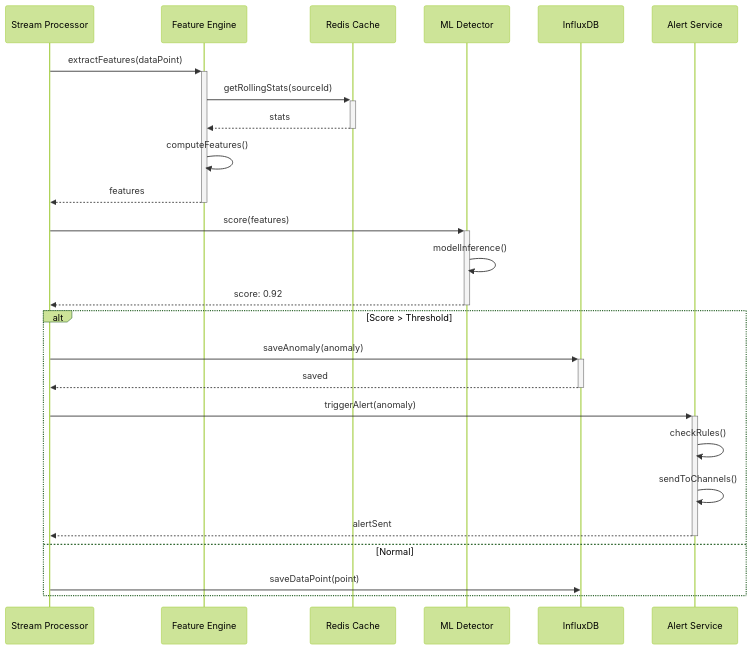
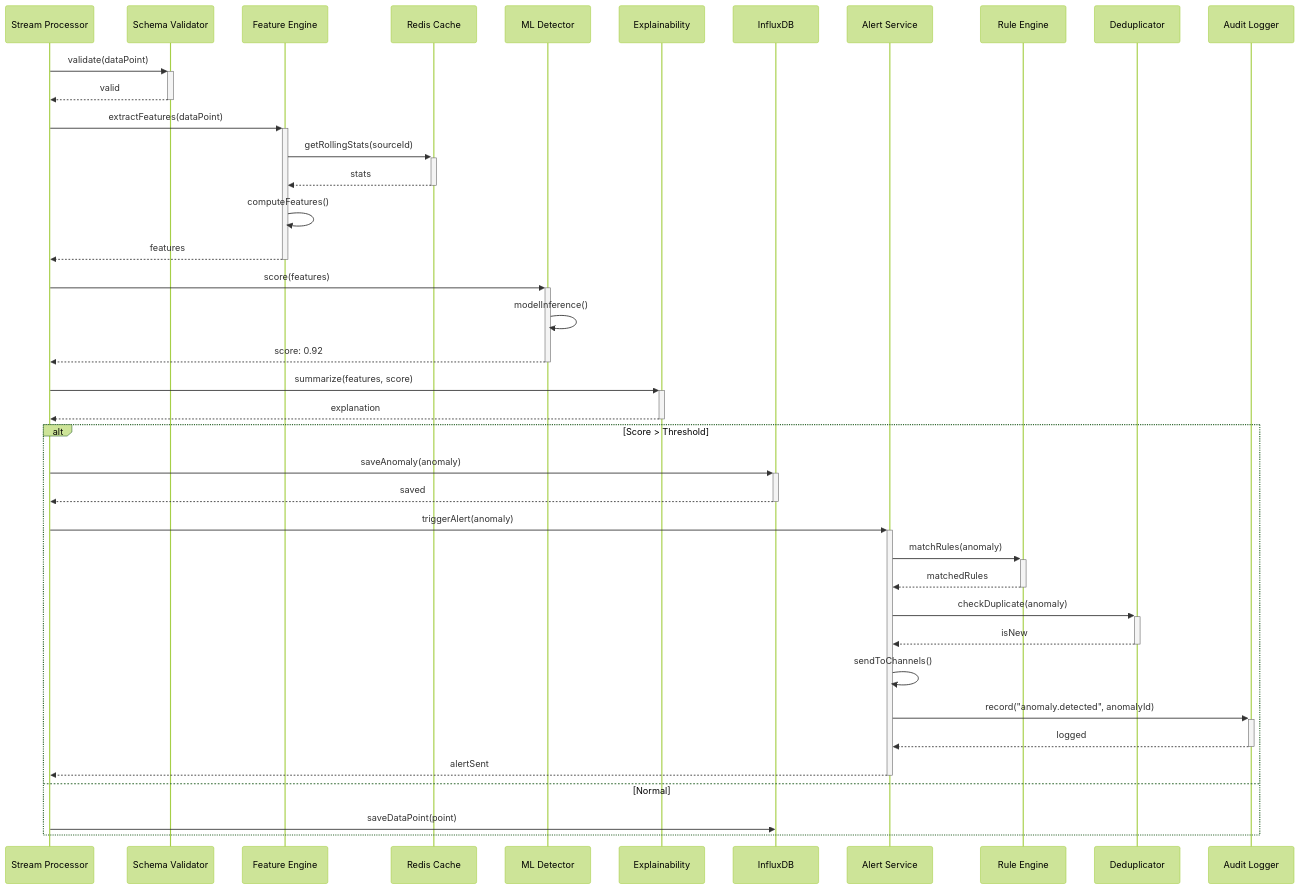
The first of 4 diagrams in Anomaly Detection System/detailed-design/sequence-diagram.md (0Ankit0/Project-Ideas), drawn with Mermaid (forest theme) before and after one commit. The commit also changed other lines of this file and 24 other files, not shown here.

````diff
--- a/Anomaly Detection System/detailed-design/sequence-diagram.md
+++ b/Anomaly Detection System/detailed-design/sequence-diagram.md
@@ -5,30 +5,44 @@
 ```mermaid
 sequenceDiagram
     participant Stream as Stream Processor
+    participant Validator as Schema Validator
     participant Feature as Feature Engine
     participant Cache as Redis Cache
     participant Detector as ML Detector
+    participant Explain as Explainability
     participant DB as InfluxDB
     participant Alert as Alert Service
+    participant Rules as Rule Engine
+    participant Dedup as Deduplicator
+    participant Audit as Audit Logger
     
+    Stream->>+Validator: validate(dataPoint)
+    Validator-->>-Stream: valid
     Stream->>+Feature: extractFeatures(dataPoint)
     Feature->>+Cache: getRollingStats(sourceId)
     Cache-->>-Feature: stats
     Feature->>Feature: computeFeatures()
     Feature-->>-Stream: features
     
     Stream->>+Detector: score(features)
     Detector->>Detector: modelInference()
     Detector-->>-Stream: score: 0.92
+    Stream->>+Explain: summarize(features, score)
+    Explain-->>-Stream: explanation
     
     alt Score > Threshold
         Stream->>+DB: saveAnomaly(anomaly)
         DB-->>-Stream: saved
         Stream->>+Alert: triggerAlert(anomaly)
-        Alert->>Alert: checkRules()
+        Alert->>+Rules: matchRules(anomaly)
+        Rules-->>-Alert: matchedRules
+        Alert->>+Dedup: checkDuplicate(anomaly)
+        Dedup-->>-Alert: isNew
         Alert->>Alert: sendToChannels()
+        Alert->>+Audit: record("anomaly.detected", anomalyId)
+        Audit-->>-Alert: logged
         Alert-->>-Stream: alertSent
     else Normal
         Stream->>DB: saveDataPoint(point)
     end
 ```
````
